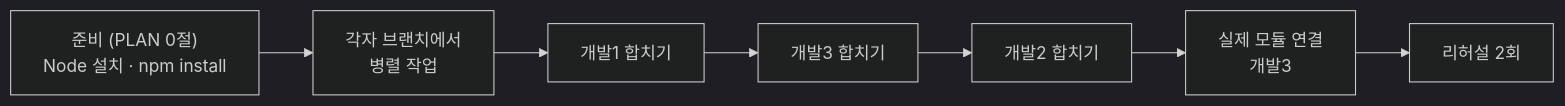
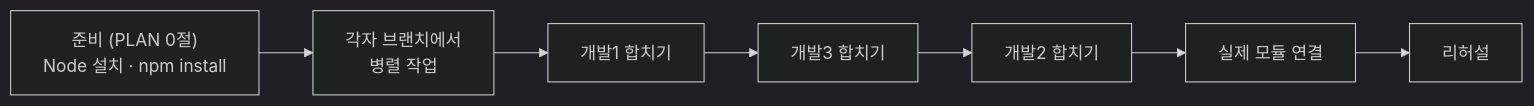
Before and after one commit to 202207048/AWS: the third of 3 diagrams in OVERVIEW.md, drawn with Mermaid (dark theme). The commit also changed other lines of this file and 3 other files, not shown here.

````diff
--- a/OVERVIEW.md
+++ b/OVERVIEW.md
@@ -71,9 +94,9 @@
 ```mermaid
 flowchart LR
     S["준비 (PLAN 0절)<br/>Node 설치 · npm install"] --> P[각자 브랜치에서<br/>병렬 작업]
     P --> M1[개발1 합치기]
     M1 --> M3[개발3 합치기]
     M3 --> M2[개발2 합치기]
-    M2 --> I[실제 모듈 연결<br/>개발3]
-    I --> D[리허설 2회]
+    M2 --> I[실제 모듈 연결]
+    I --> D[리허설]
 ```
````
